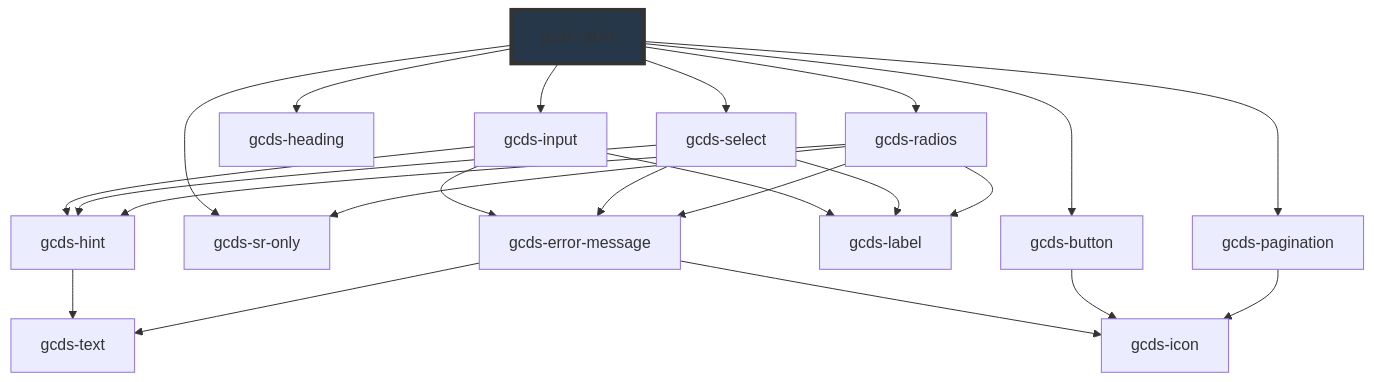
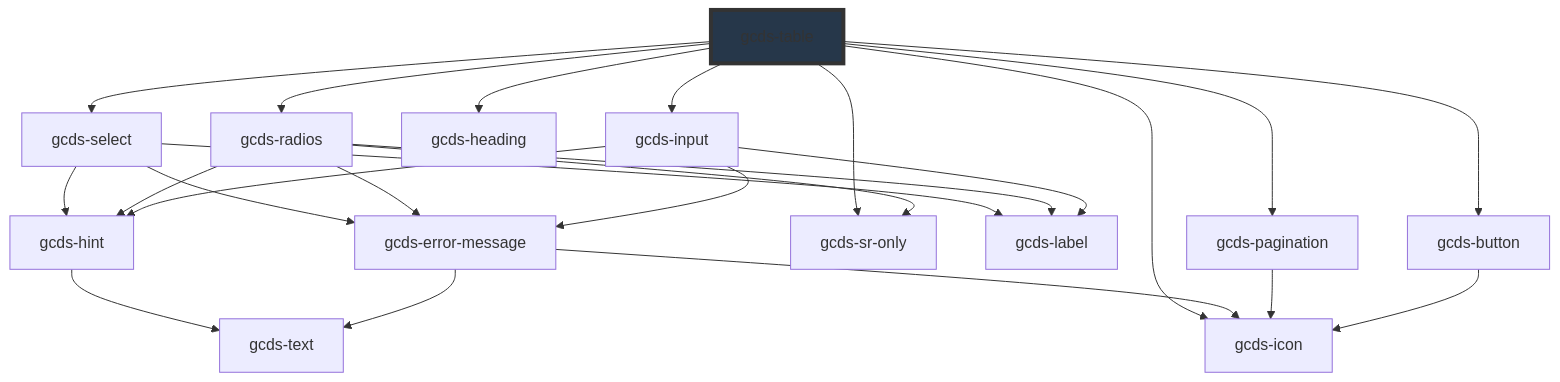
The diagram in packages/web/src/components/gcds-table/readme.md (cds-snc/gcds-components), drawn with Mermaid before and after one commit. The commit also changed other lines of this file and 6 other files, not shown here.

````diff
--- a/packages/web/src/components/gcds-table/readme.md
+++ b/packages/web/src/components/gcds-table/readme.md
@@ -37,26 +38,27 @@
 ```mermaid
 graph TD;
-  gcds-table --> gcds-input
+  gcds-table --> gcds-icon
+  gcds-table --> gcds-select
+  gcds-table --> gcds-pagination
+  gcds-table --> gcds-radios
   gcds-table --> gcds-button
   gcds-table --> gcds-sr-only
   gcds-table --> gcds-heading
-  gcds-table --> gcds-select
-  gcds-table --> gcds-pagination
-  gcds-table --> gcds-radios
-  gcds-input --> gcds-label
-  gcds-input --> gcds-hint
-  gcds-input --> gcds-error-message
+  gcds-table --> gcds-input
+  gcds-select --> gcds-label
+  gcds-select --> gcds-hint
+  gcds-select --> gcds-error-message
   gcds-hint --> gcds-text
   gcds-error-message --> gcds-text
   gcds-error-message --> gcds-icon
-  gcds-button --> gcds-icon
-  gcds-select --> gcds-label
-  gcds-select --> gcds-hint
-  gcds-select --> gcds-error-message
   gcds-pagination --> gcds-icon
   gcds-radios --> gcds-sr-only
   gcds-radios --> gcds-hint
   gcds-radios --> gcds-error-message
   gcds-radios --> gcds-label
+  gcds-button --> gcds-icon
+  gcds-input --> gcds-label
+  gcds-input --> gcds-hint
+  gcds-input --> gcds-error-message
   style gcds-table fill:#26374a,stroke:#333,stroke-width:4px
 ```
````
